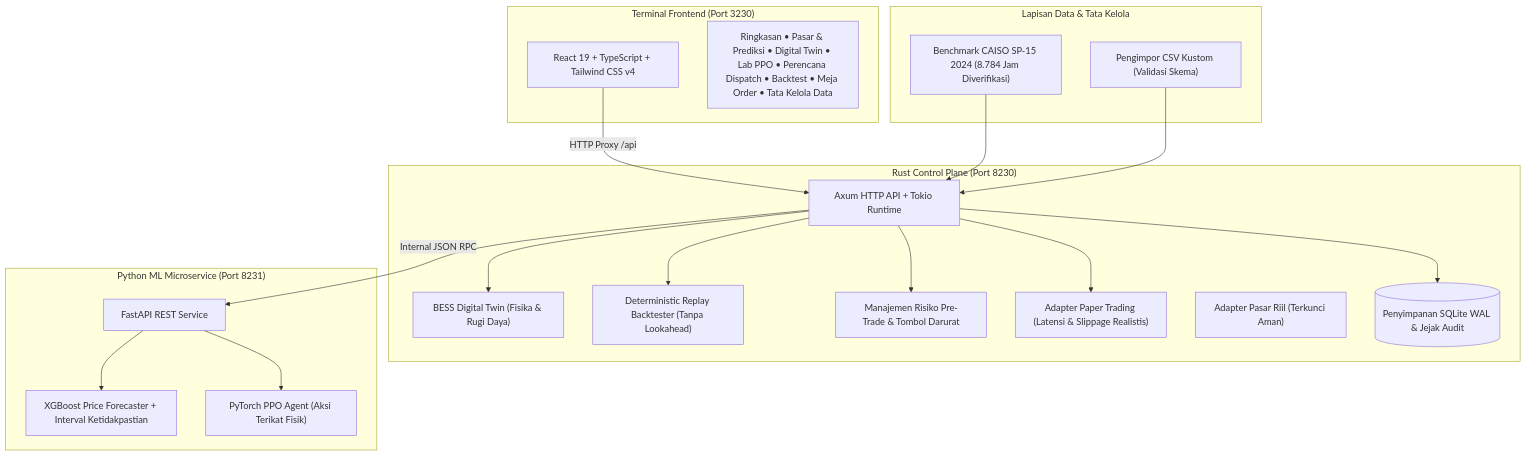
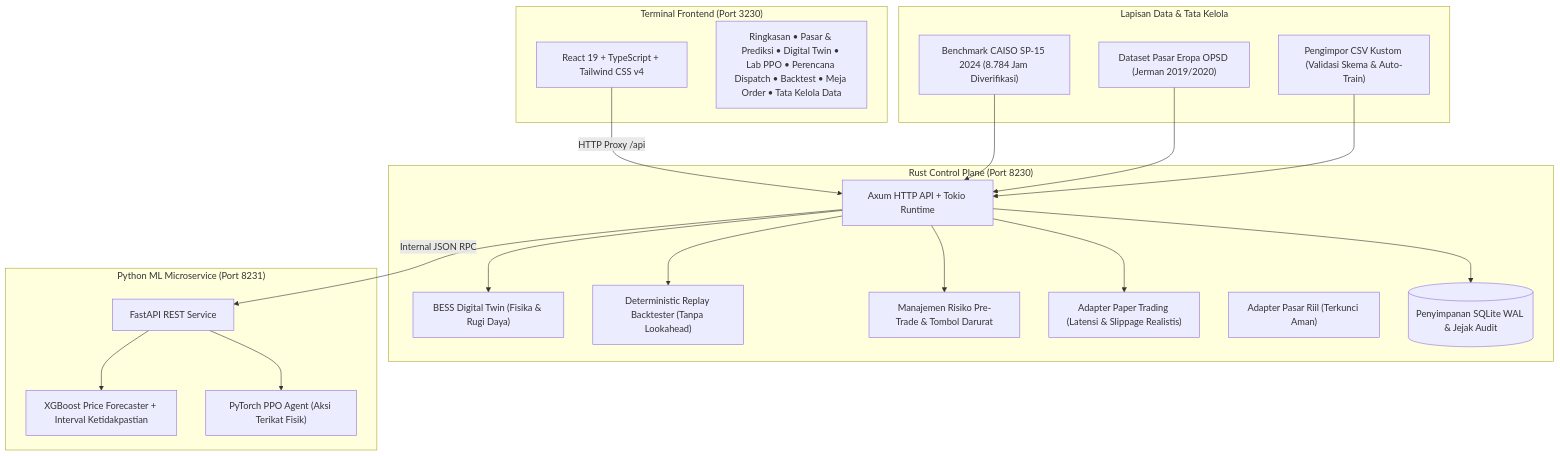
Before and after one commit to MTaufikIqball00/AI-Algorithmic-Trading-BESS-Arbitrage-Optimizer: the diagram in README.md, drawn with Mermaid. The commit also changed other lines of this file and 2 other files, not shown here.

````diff
--- a/README.md
+++ b/README.md
@@ -52,40 +84,42 @@
 ```mermaid
 flowchart TD
     subgraph Frontend ["Terminal Frontend (Port 3230)"]
         UI["React 19 + TypeScript + Tailwind CSS v4"]
         Views["Ringkasan • Pasar & Prediksi • Digital Twin • Lab PPO • Perencana Dispatch • Backtest • Meja Order • Tata Kelola Data"]
     end
 
     subgraph Rust ["Rust Control Plane (Port 8230)"]
         AxumServer["Axum HTTP API + Tokio Runtime"]
         TwinEngine["BESS Digital Twin (Fisika & Rugi Daya)"]
         BacktestEngine["Deterministic Replay Backtester (Tanpa Lookahead)"]
         RiskManager["Manajemen Risiko Pre-Trade & Tombol Darurat"]
         PaperAdapter["Adapter Paper Trading (Latensi & Slippage Realistis)"]
         LiveAdapter["Adapter Pasar Riil (Terkunci Aman)"]
-        DB[(Penyimpanan SQLite WAL & Jejak Audit)]
+        DB[("Penyimpanan SQLite WAL & Jejak Audit")]
     end
 
     subgraph Python ["Python ML Microservice (Port 8231)"]
         FastAPIApp["FastAPI REST Service"]
         XGBoostModel["XGBoost Price Forecaster + Interval Ketidakpastian"]
         PPOModel["PyTorch PPO Agent (Aksi Terikat Fisik)"]
     end
 
     subgraph BenchmarkData ["Lapisan Data & Tata Kelola"]
         CAISOData["Benchmark CAISO SP-15 2024 (8.784 Jam Diverifikasi)"]
-        CSVImporter["Pengimpor CSV Kustom (Validasi Skema)"]
+        OPSDData["Dataset Pasar Eropa OPSD (Jerman 2019/2020)"]
+        CSVImporter["Pengimpor CSV Kustom (Validasi Skema & Auto-Train)"]
     end
 
     UI -->|HTTP Proxy /api| AxumServer
     AxumServer --> TwinEngine
     AxumServer --> BacktestEngine
     AxumServer --> RiskManager
     AxumServer --> PaperAdapter
     AxumServer --> DB
     AxumServer -->|Internal JSON RPC| FastAPIApp
     FastAPIApp --> XGBoostModel
     FastAPIApp --> PPOModel
     CAISOData --> AxumServer
+    OPSDData --> AxumServer
     CSVImporter --> AxumServer
 ```
````
